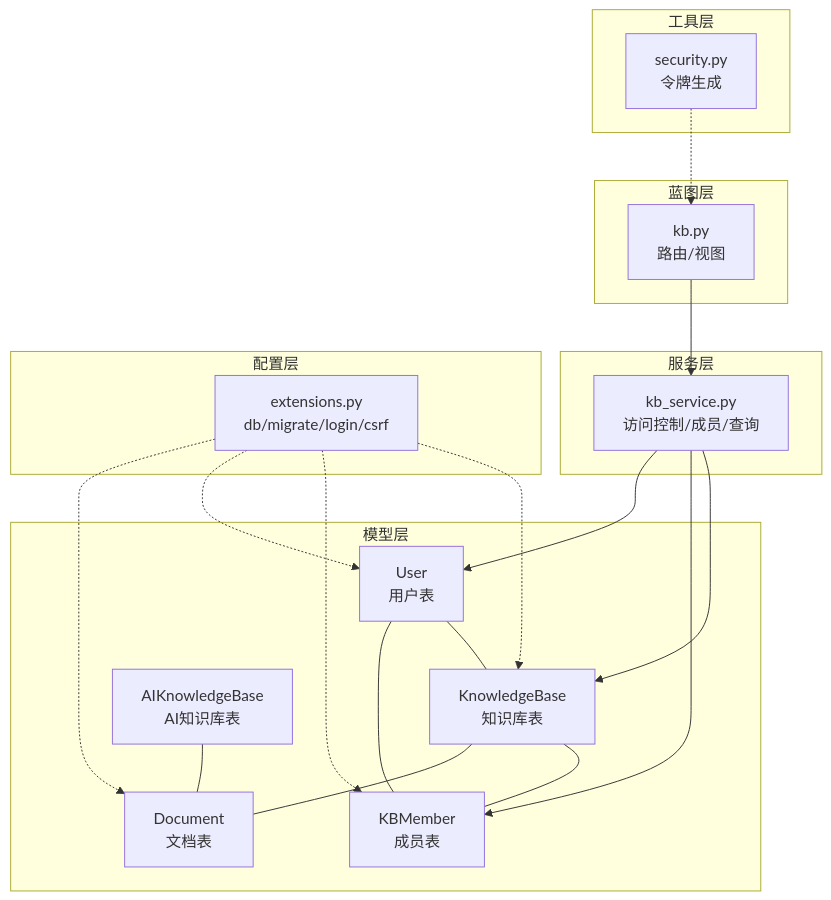
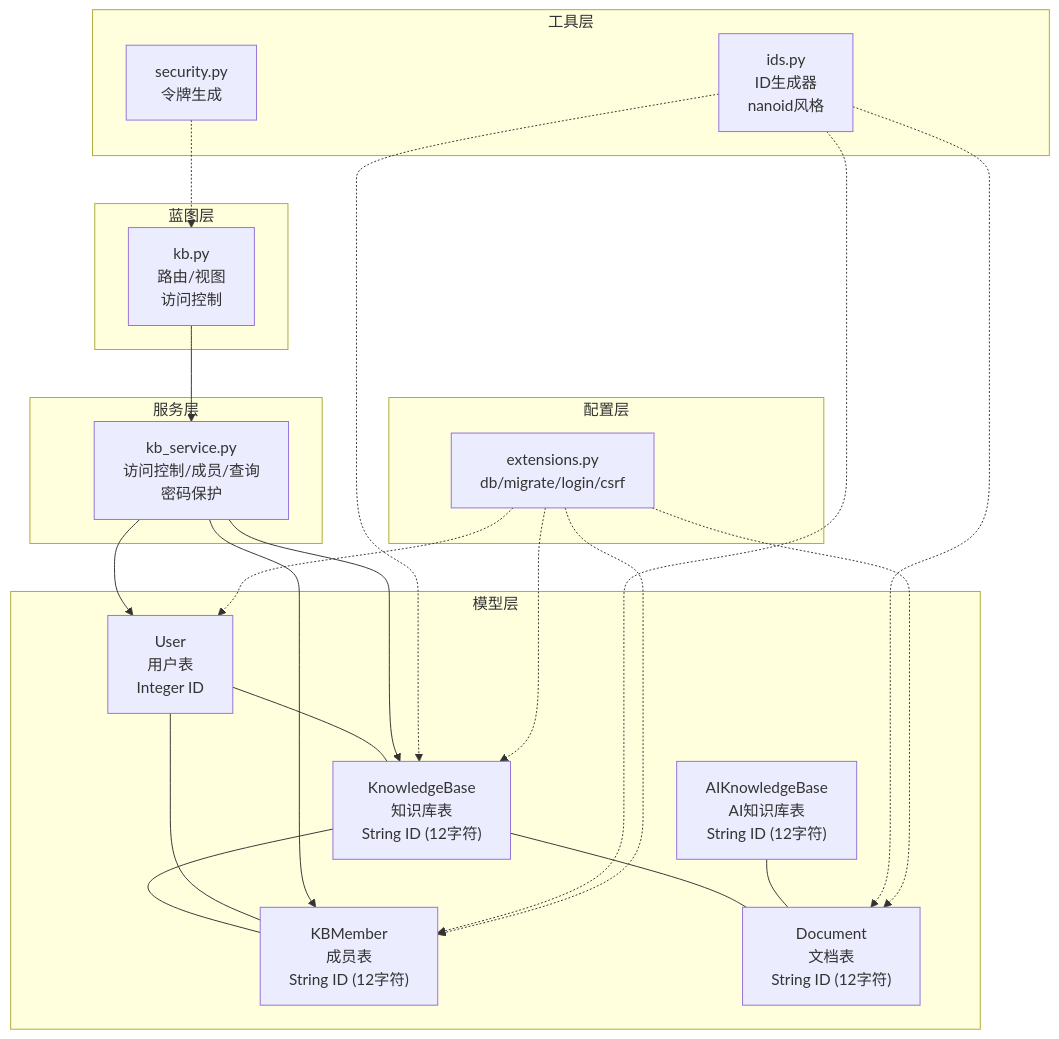
The first of 6 diagrams in .qoder/repowiki/zh/content/数据模型设计/知识库模型.md (beyondalbert/my_wiki), drawn with Mermaid before and after one commit. The commit also changed other lines of this file and 21 other files, not shown here.

````diff
--- a/.qoder/repowiki/zh/content/数据模型设计/知识库模型.md
+++ b/.qoder/repowiki/zh/content/数据模型设计/知识库模型.md
@@ -38,36 +48,40 @@
 ```mermaid
 graph TB
 subgraph "模型层"
-KB["KnowledgeBase<br/>知识库表"]
-KBM["KBMember<br/>成员表"]
-U["User<br/>用户表"]
-D["Document<br/>文档表"]
-AIKB["AIKnowledgeBase<br/>AI知识库表"]
+KB["KnowledgeBase<br/>知识库表<br/>String ID (12字符)"]
+KBM["KBMember<br/>成员表<br/>String ID (12字符)"]
+U["User<br/>用户表<br/>Integer ID"]
+D["Document<br/>文档表<br/>String ID (12字符)"]
+AIKB["AIKnowledgeBase<br/>AI知识库表<br/>String ID (12字符)"]
 end
 subgraph "服务层"
-S["kb_service.py<br/>访问控制/成员/查询"]
+S["kb_service.py<br/>访问控制/成员/查询<br/>密码保护"]
 end
 subgraph "蓝图层"
-BP["kb.py<br/>路由/视图"]
+BP["kb.py<br/>路由/视图<br/>访问控制"]
 end
 subgraph "工具层"
 SEC["security.py<br/>令牌生成"]
+IDS["ids.py<br/>ID生成器<br/>nanoid风格"]
 end
 subgraph "配置层"
 EXT["extensions.py<br/>db/migrate/login/csrf"]
 end
 KB --- KBM
 KB --- D
 U --- KB
 U --- KBM
 AIKB --- D
 BP --> S
 S --> KB
 S --> KBM
 S --> U
 SEC -.-> BP
+IDS -.-> KB
+IDS -.-> KBM
+IDS -.-> D
 EXT -.-> KB
 EXT -.-> KBM
 EXT -.-> U
 EXT -.-> D
 ```
````
